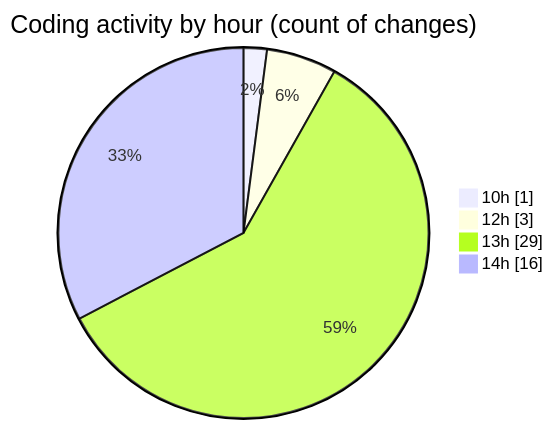
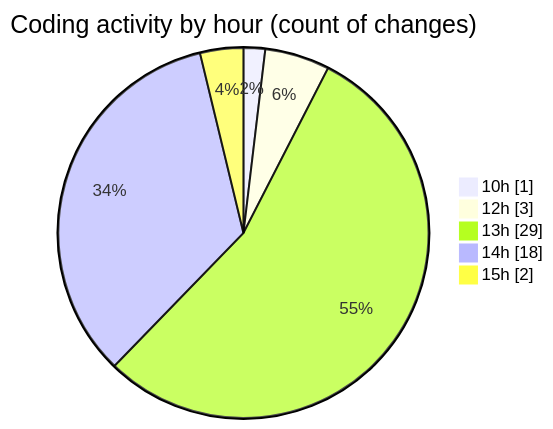
One commit to momahboobian/code-tracking changed the second of 2 diagrams in 2025-08-01/cda/README.md. Above: the diagram before and after it, drawn with Mermaid. The commit also changed other lines of this file and 1 other file, not shown here.

````diff
--- a/2025-08-01/cda/README.md
+++ b/2025-08-01/cda/README.md
@@ -28,8 +28,9 @@
 ```mermaid
 pie showData
 title Coding activity by hour (count of changes)
 "10h" : 1
 "12h" : 3
 "13h" : 29
-"14h" : 16
+"14h" : 18
+"15h" : 2
 ```
````
